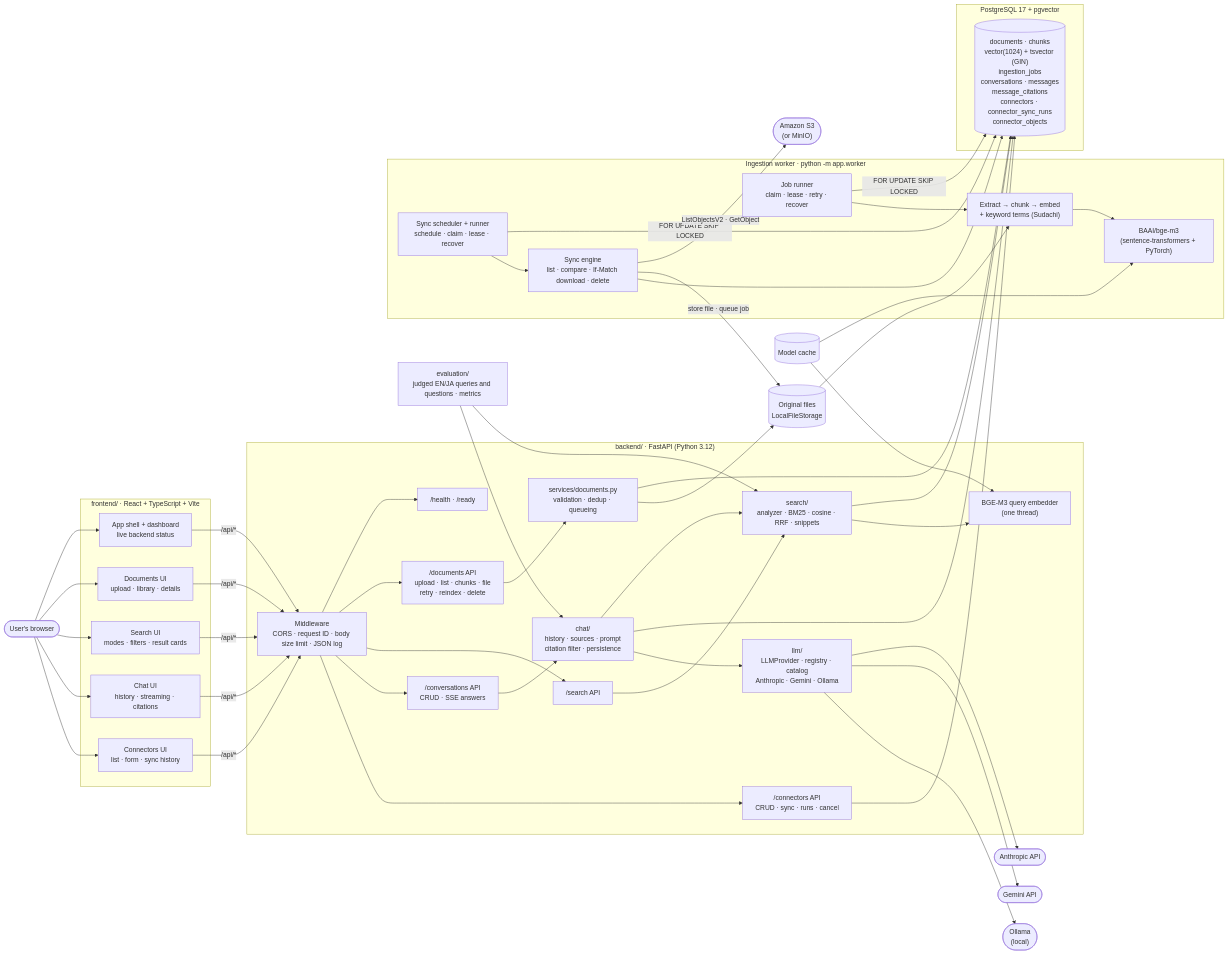
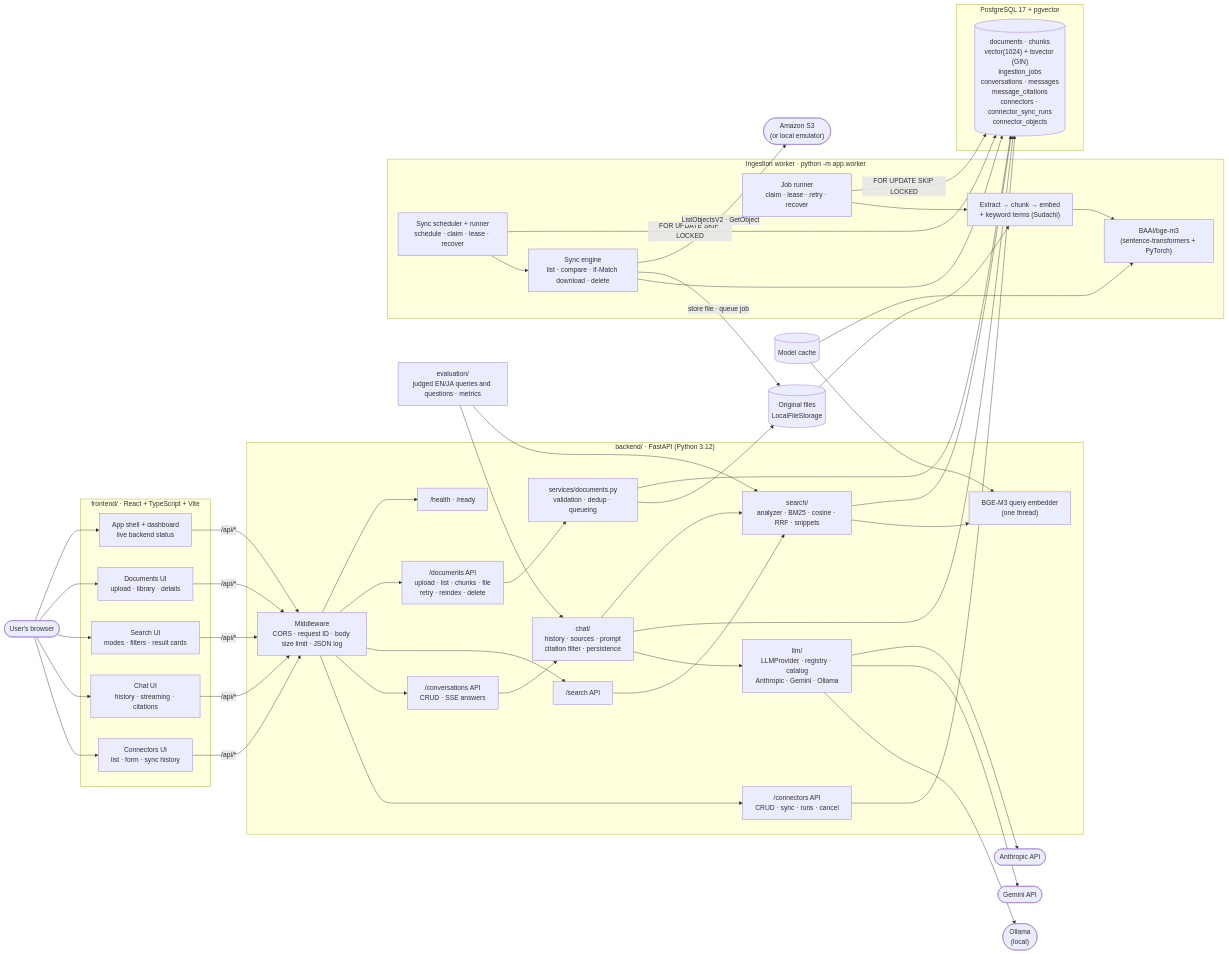
One commit to Yash01Negi/docs-rag-platform changed the first of 2 diagrams in docs/architecture.md. Above: the diagram before and after it, drawn with Mermaid. The commit also changed other lines of this file and 12 other files, not shown here.

````diff
--- a/docs/architecture.md
+++ b/docs/architecture.md
@@ -12,79 +12,79 @@
 ```mermaid
 flowchart LR
     user([User's browser])
 
     subgraph frontend["frontend/ · React + TypeScript + Vite"]
         shell["App shell + dashboard<br/>live backend status"]
         docsui["Documents UI<br/>upload · library · details"]
         searchui["Search UI<br/>modes · filters · result cards"]
         chatui["Chat UI<br/>history · streaming · citations"]
         connui["Connectors UI<br/>list · form · sync history"]
     end
 
     subgraph backend["backend/ · FastAPI (Python 3.12)"]
         mw["Middleware<br/>CORS · request ID · body size limit · JSON log"]
         health["/health · /ready"]
         docsapi["/documents API<br/>upload · list · chunks · file<br/>retry · reindex · delete"]
         svc["services/documents.py<br/>validation · dedup · queueing"]
         searchapi["/search API"]
         search["search/<br/>analyzer · BM25 · cosine · RRF · snippets"]
         qmodel["BGE-M3 query embedder<br/>(one thread)"]
         chatapi["/conversations API<br/>CRUD · SSE answers"]
         chat["chat/<br/>history · sources · prompt<br/>citation filter · persistence"]
         llmp["llm/<br/>LLMProvider · registry · catalog<br/>Anthropic · Gemini · Ollama"]
         connapi["/connectors API<br/>CRUD · sync · runs · cancel"]
     end
 
     subgraph workerp["Ingestion worker · python -m app.worker"]
         runner["Job runner<br/>claim · lease · retry · recover"]
         pipe["Extract → chunk → embed<br/>+ keyword terms (Sudachi)"]
         model["BAAI/bge-m3<br/>(sentence-transformers + PyTorch)"]
         syncr["Sync scheduler + runner<br/>schedule · claim · lease · recover"]
         engine["Sync engine<br/>list · compare · If-Match download · delete"]
     end
 
     subgraph data["PostgreSQL 17 + pgvector"]
         pg[("documents · chunks<br/>vector(1024) + tsvector (GIN)<br/>ingestion_jobs<br/>conversations · messages<br/>message_citations<br/>connectors · connector_sync_runs<br/>connector_objects")]
     end
 
     files[("Original files<br/>LocalFileStorage")]
     cache[("Model cache")]
 
     evalh["evaluation/<br/>judged EN/JA queries and questions · metrics"]
     anthropic(["Anthropic API"])
     gemini(["Gemini API"])
     ollama(["Ollama<br/>(local)"])
-    s3(["Amazon S3<br/>(or MinIO)"])
+    s3(["Amazon S3<br/>(or local emulator)"])
 
     user --> shell
     user --> docsui
     user --> searchui
     user --> chatui
     user --> connui
     shell & docsui & searchui & chatui & connui -- "/api/*" --> mw
     mw --> health & docsapi & searchapi & chatapi & connapi
     connapi --> pg
     syncr -- "FOR UPDATE SKIP LOCKED" --> pg
     syncr --> engine
     engine -- "ListObjectsV2 · GetObject" --> s3
     engine -- "store file · queue job" --> files
     engine --> pg
     chatapi --> chat
     chat --> search
     chat --> pg
     chat --> llmp
     llmp --> anthropic & gemini & ollama
     searchapi --> search --> pg
     search --> qmodel
     cache --> qmodel
     docsapi --> svc
     svc --> pg
     svc --> files
     runner -- "FOR UPDATE SKIP LOCKED" --> pg
     runner --> pipe --> model
     files --> pipe
     cache --> model
 
     evalh --> search
     evalh --> chat
 ```
````
